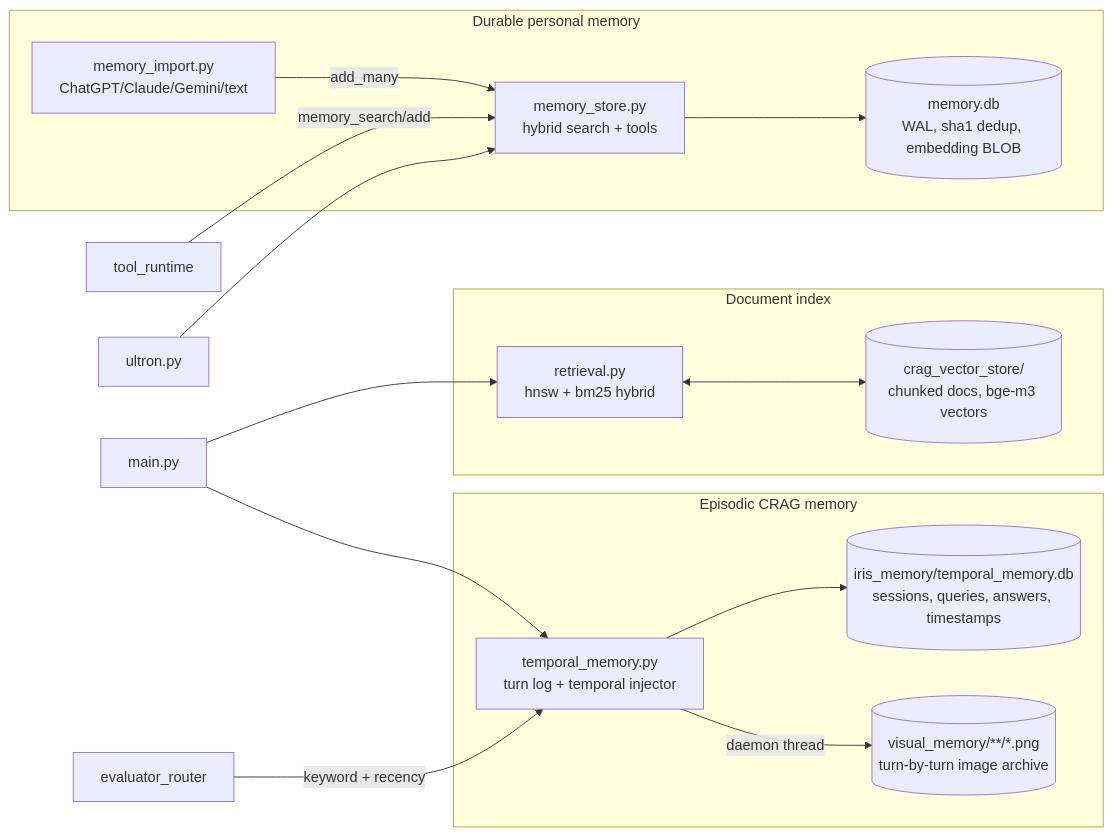
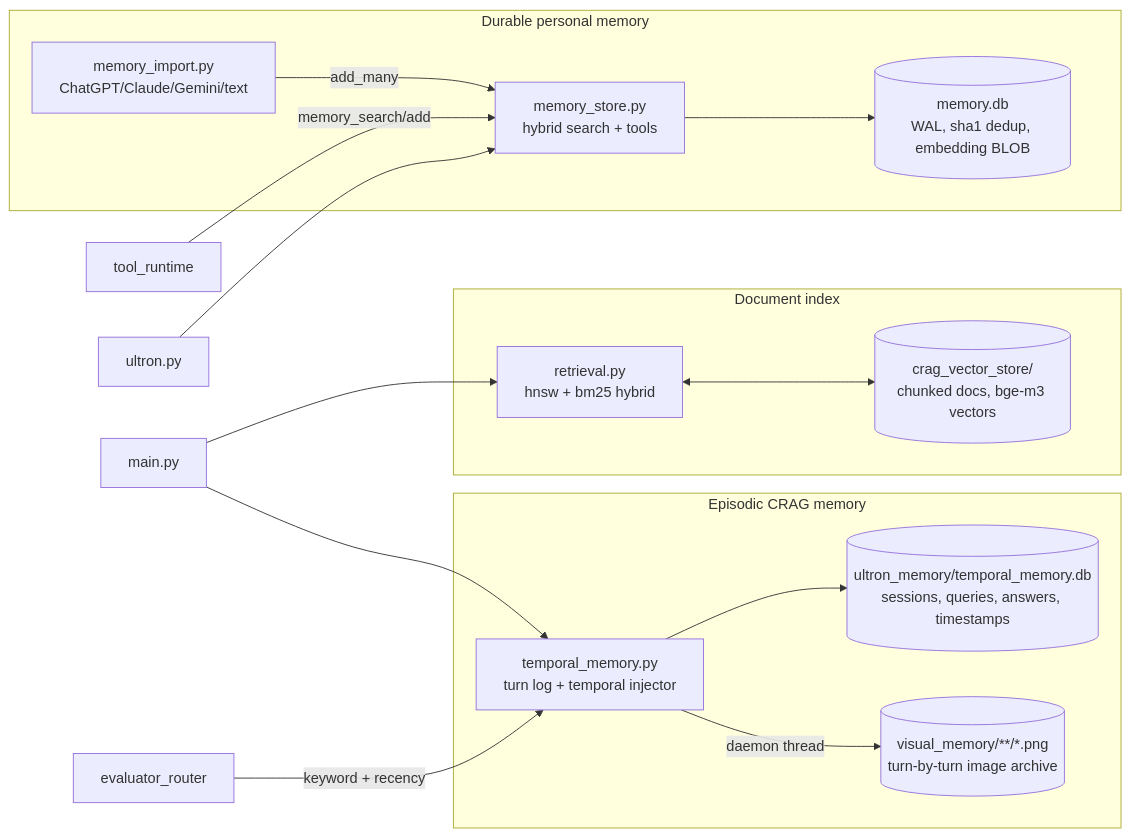
Before and after one commit to hacktivist211/ULTRON: the fifth of 6 diagrams in README.md, drawn with Mermaid. The commit also changed other lines of this file and 27 other files, not shown here.

````diff
--- a/README.md
+++ b/README.md
@@ -306,29 +306,29 @@
 ```mermaid
 graph LR
     subgraph Durable["Durable personal memory"]
         MS["memory_store.py<br/>hybrid search + tools"]
         MI["memory_import.py<br/>ChatGPT/Claude/Gemini/text"]
         MDB[("memory.db<br/>WAL, sha1 dedup, embedding BLOB")]
         MI -->|add_many| MS --> MDB
     end
 
     subgraph Episodic["Episodic CRAG memory"]
         TM["temporal_memory.py<br/>turn log + temporal injector"]
-        TDB[("iris_memory/temporal_memory.db<br/>sessions, queries, answers, timestamps")]
+        TDB[("ultron_memory/temporal_memory.db<br/>sessions, queries, answers, timestamps")]
         PNG[("visual_memory/**/*.png<br/>turn-by-turn image archive")]
         TM --> TDB
         TM -->|daemon thread| PNG
     end
 
     subgraph Docs["Document index"]
         RT["retrieval.py<br/>hnsw + bm25 hybrid"]
         VDB[("crag_vector_store/<br/>chunked docs, bge-m3 vectors")]
         RT <--> VDB
     end
 
     TR["tool_runtime"] -->|memory_search/add| MS
     UL["ultron.py"] --> MS
     CM["main.py"] --> TM
     CM --> RT
     ER["evaluator_router"] -->|keyword + recency| TM
 ```
````
